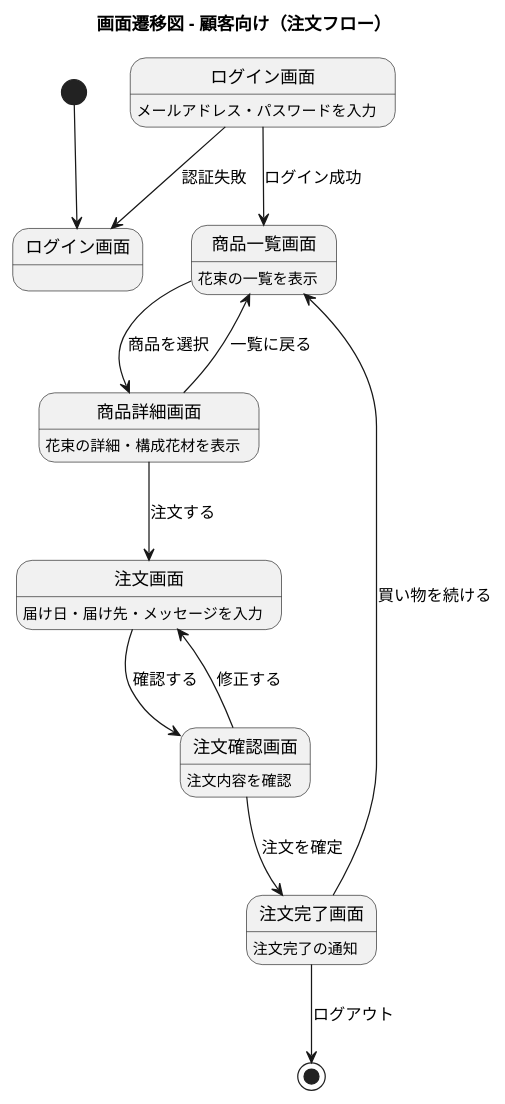
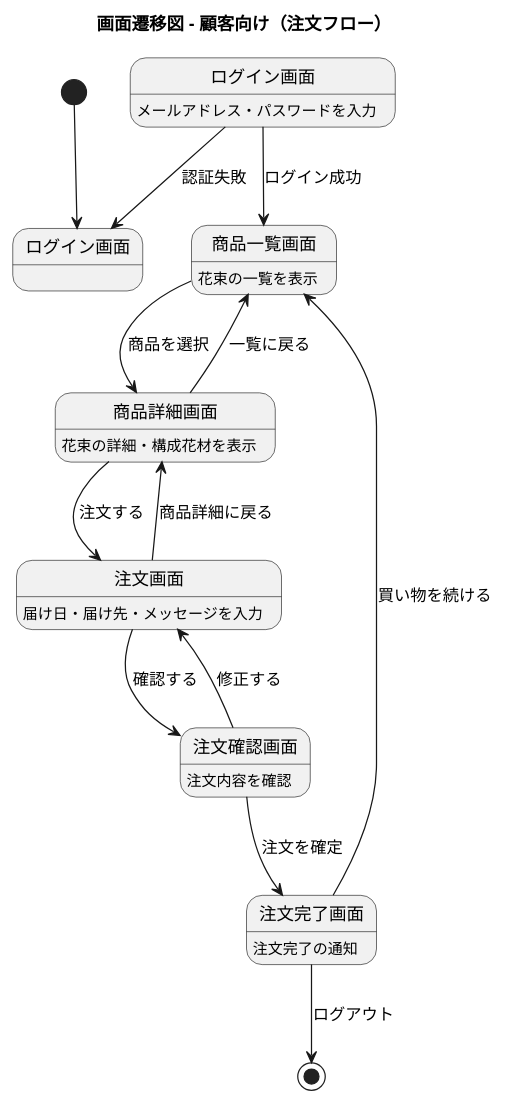
The second of 25 diagrams in docs/design/ui-design.md (k2works/case-study-sdd-development), drawn with PlantUML before and after one commit. The commit also changed other lines of this file, not shown here.

````diff
--- a/docs/design/ui-design.md
+++ b/docs/design/ui-design.md
@@ -117,32 +124,33 @@
 ```plantuml
 @startuml
 
 title 画面遷移図 - 顧客向け（注文フロー）
 
 [*] --> ログイン画面
 
 state "ログイン画面" as S001 : メールアドレス・パスワードを入力
 S001 --> ログイン画面 : 認証失敗
 
 state "商品一覧画面" as S003 : 花束の一覧を表示
 S001 --> S003 : ログイン成功
 
 state "商品詳細画面" as S004 : 花束の詳細・構成花材を表示
 S003 --> S004 : 商品を選択
 S004 --> S003 : 一覧に戻る
 
 state "注文画面" as S005 : 届け日・届け先・メッセージを入力
 S004 --> S005 : 注文する
+S005 --> S004 : 商品詳細に戻る
 
 state "注文確認画面" as S006 : 注文内容を確認
 S005 --> S006 : 確認する
 S006 --> S005 : 修正する
 
 state "注文完了画面" as S007 : 注文完了の通知
 S006 --> S007 : 注文を確定
 
 S007 --> S003 : 買い物を続ける
 S007 --> [*] : ログアウト
 
 @enduml
 ```
````
